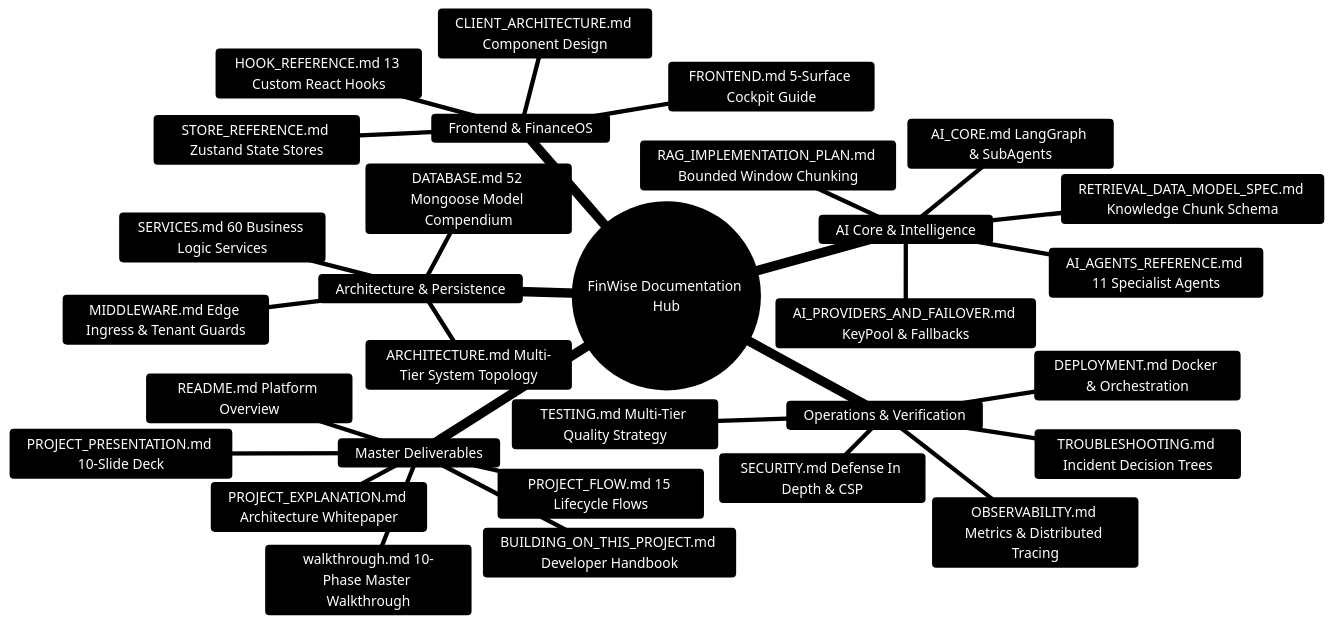
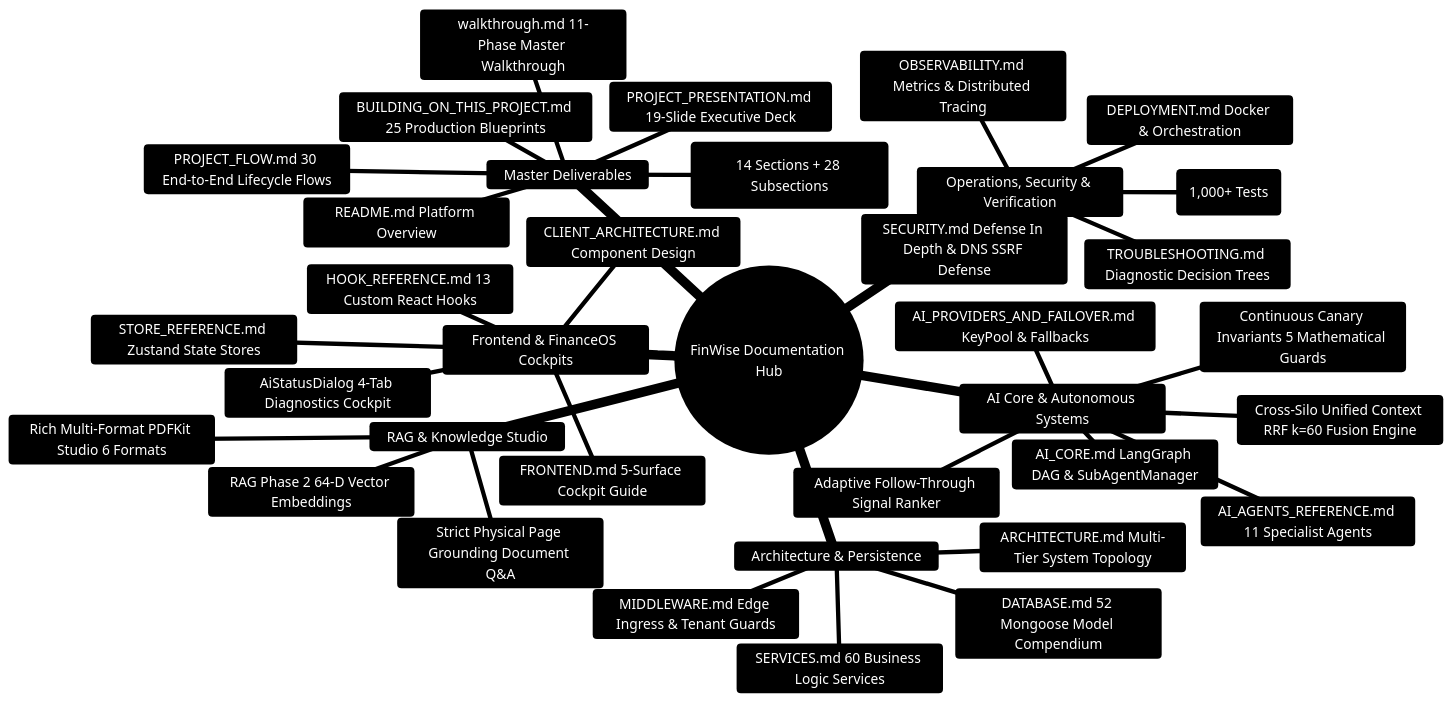
One commit to Ganesh172919/personal-finance changed the diagram in docs/INDEX.md. Above: the diagram before and after it, drawn with Mermaid. The commit also changed other lines of this file and 1026 other files, not shown here.

````diff
--- a/docs/INDEX.md
+++ b/docs/INDEX.md
@@ -11,34 +14,40 @@
 ```mermaid
 %%{init: {'theme': 'base', 'themeVariables': { 'primaryColor': '#1e293b', 'primaryTextColor': '#ffffff', 'primaryBorderColor': '#3b82f6', 'lineColor': '#60a5fa', 'secondaryColor': '#0f172a', 'tertiaryColor': '#1e1e2e'}}}%%
 mindmap
   root((FinWise Documentation Hub))
     Master Deliverables
       README.md Platform Overview
-      BUILDING_ON_THIS_PROJECT.md Developer Handbook
-      PROJECT_EXPLANATION.md Architecture Whitepaper
-      PROJECT_FLOW.md 15 Lifecycle Flows
-      PROJECT_PRESENTATION.md 10-Slide Deck
-      walkthrough.md 10-Phase Master Walkthrough
+      BUILDING_ON_THIS_PROJECT.md 25 Production Blueprints
+      PROJECT_EXPLANATION.md Whitepaper (14 Sections + 28 Subsections)
+      PROJECT_FLOW.md 30 End-to-End Lifecycle Flows
+      PROJECT_PRESENTATION.md 19-Slide Executive Deck
+      walkthrough.md 11-Phase Master Walkthrough
     Architecture & Persistence
       ARCHITECTURE.md Multi-Tier System Topology
       DATABASE.md 52 Mongoose Model Compendium
       SERVICES.md 60 Business Logic Services
       MIDDLEWARE.md Edge Ingress & Tenant Guards
-    AI Core & Intelligence
-      AI_CORE.md LangGraph & SubAgents
+    AI Core & Autonomous Systems
+      AI_CORE.md LangGraph DAG & SubAgentManager
       AI_AGENTS_REFERENCE.md 11 Specialist Agents
       AI_PROVIDERS_AND_FAILOVER.md KeyPool & Fallbacks
-      RAG_IMPLEMENTATION_PLAN.md Bounded Window Chunking
-      RETRIEVAL_DATA_MODEL_SPEC.md Knowledge Chunk Schema
-    Frontend & FinanceOS
+      Continuous Canary Invariants 5 Mathematical Guards
+      Cross-Silo Unified Context RRF k=60 Fusion Engine
+      Adaptive Follow-Through Signal Ranker
+    RAG & Knowledge Studio
+      RAG Phase 2 64-D Vector Embeddings
+      Strict Physical Page Grounding Document Q&A
+      Rich Multi-Format PDFKit Studio 6 Formats
+    Frontend & FinanceOS Cockpits
       FRONTEND.md 5-Surface Cockpit Guide
+      AiStatusDialog 4-Tab Diagnostics Cockpit
       CLIENT_ARCHITECTURE.md Component Design
       HOOK_REFERENCE.md 13 Custom React Hooks
       STORE_REFERENCE.md Zustand State Stores
-    Operations & Verification
-      SECURITY.md Defense In Depth & CSP
+    Operations, Security & Verification
+      SECURITY.md Defense In Depth & DNS SSRF Defense
       DEPLOYMENT.md Docker & Orchestration
-      TESTING.md Multi-Tier Quality Strategy
-      TROUBLESHOOTING.md Incident Decision Trees
+      TESTING.md Multi-Tier Quality Strategy (1,000+ Tests)
+      TROUBLESHOOTING.md Diagnostic Decision Trees
       OBSERVABILITY.md Metrics & Distributed Tracing
 ```
````
